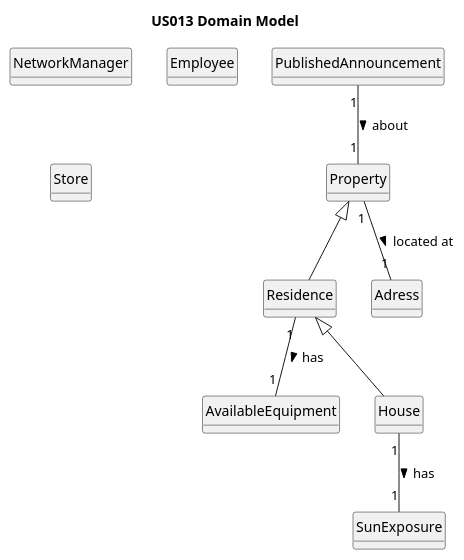
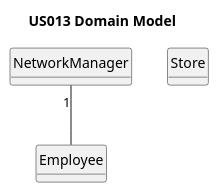
The diagram in docs/sprintC/us013/02.analysis/puml/us013-domain-model.puml (1220812/LAPR2), drawn with PlantUML before and after one commit. The commit also changed 1 other file, not shown here.

Commit message:
Saved the system sequence diagram in svg. Altered the domain model from us013

```diff
--- a/docs/sprintC/us013/02.analysis/puml/us013-domain-model.puml
+++ b/docs/sprintC/us013/02.analysis/puml/us013-domain-model.puml
@@ -1,32 +1,27 @@
 @startuml
 skinparam monochrome true
 skinparam packageStyle rectangle
 skinparam shadowing false
 
 'left to right direction
 
 hide circle
 hide methods
 
 title US013 Domain Model
 
 class NetworkManager {
 }
 
 class Employee {
 }
 
 class Store {
 }
 
 
+NetworkManager "1" -- Employee
 
 
-PublishedAnnouncement "1" -- "1" Property : about >
-Residence "1" -- "1" AvailableEquipment : has >
-House "1" -- "1" SunExposure : has >
-Property "1" -- "1" Adress : located at >
-Residence <|-- House
-Property <|-- Residence
 
 @enduml
```
